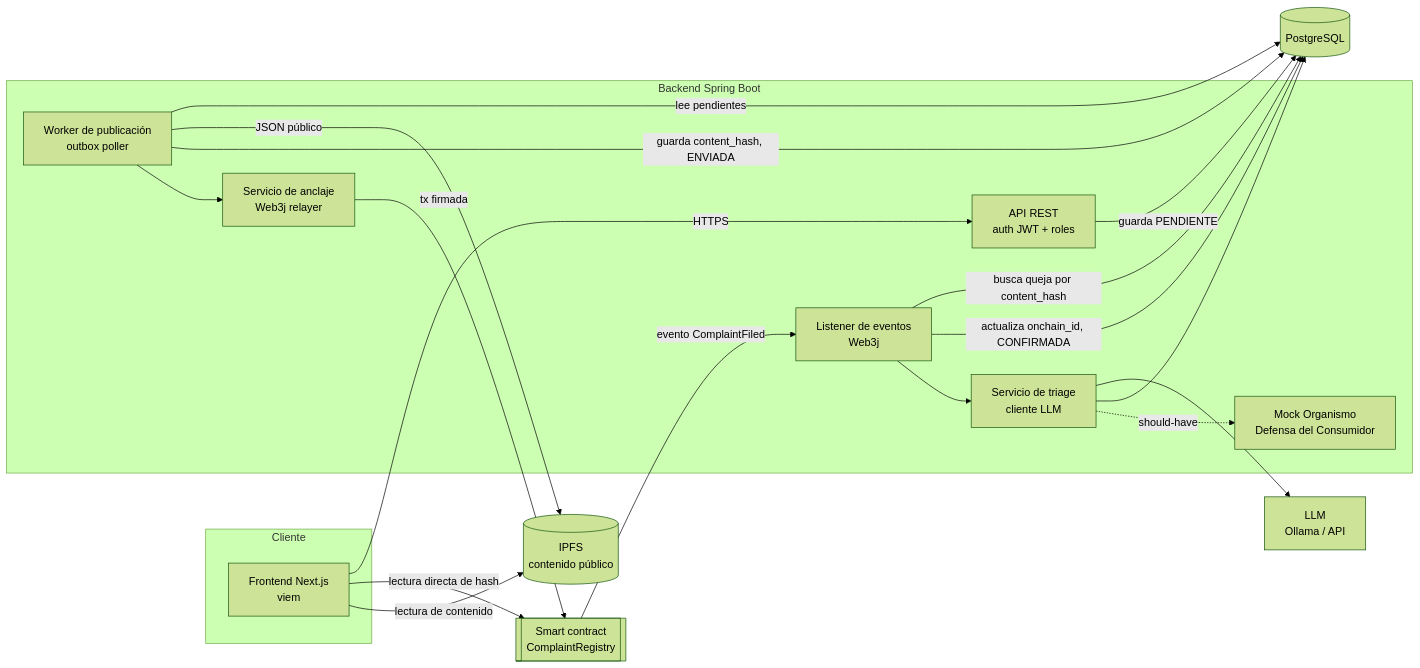
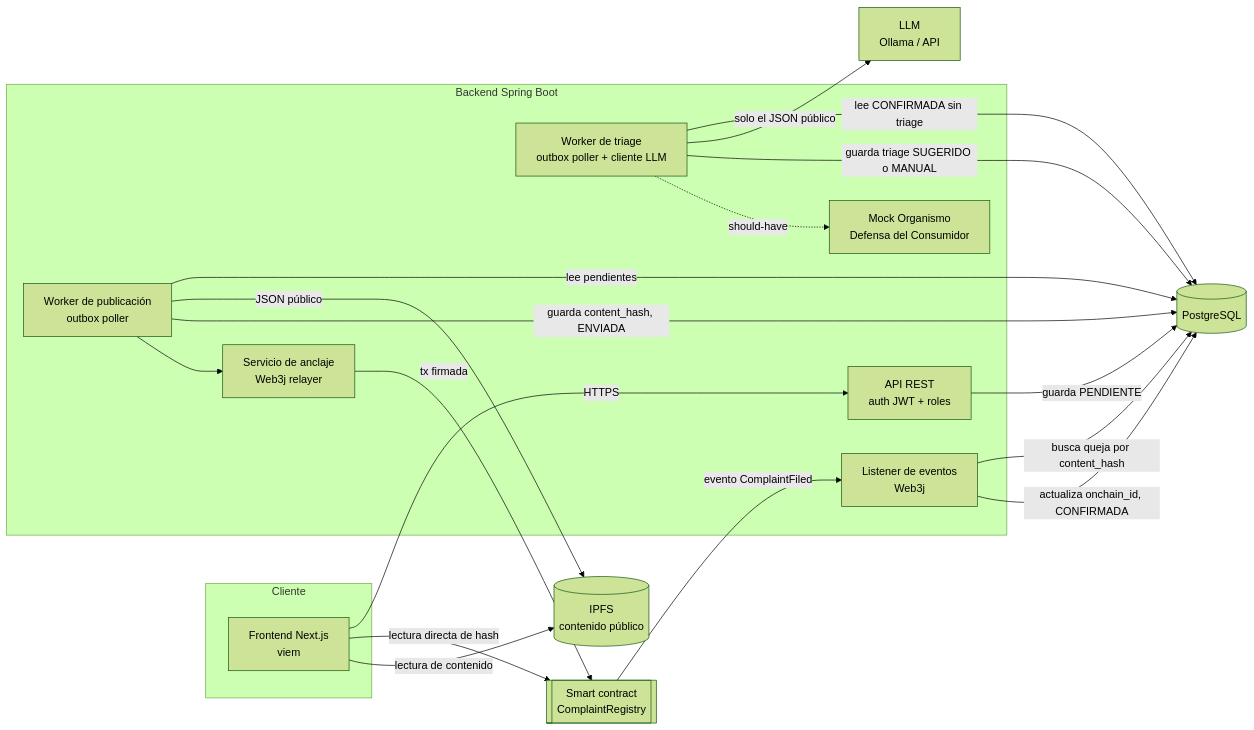
One commit to dalcorta/AI4Devs-finalproject changed the first of 2 diagrams in readme.md. Above: the diagram before and after it, drawn with Mermaid (forest theme). The commit also changed other lines of this file and 45 other files, not shown here.

First line of the commit message:
Agregar triage de quejas con Claude, validación de salida y triage manual

````diff
--- a/readme.md
+++ b/readme.md
@@ -112,37 +112,37 @@
 ```mermaid
 flowchart LR
     subgraph Cliente
         FE[Frontend Next.js<br/>viem]
     end
 
     subgraph Backend [Backend Spring Boot]
         API[API REST<br/>auth JWT + roles]
         WRK[Worker de publicación<br/>outbox poller]
         ANC[Servicio de anclaje<br/>Web3j relayer]
         LST[Listener de eventos<br/>Web3j]
-        TRI[Servicio de triage<br/>cliente LLM]
+        TRI[Worker de triage<br/>outbox poller + cliente LLM]
         MOCK[Mock Organismo<br/>Defensa del Consumidor]
     end
 
     DB[(PostgreSQL)]
     IPFS[(IPFS<br/>contenido público)]
     BC[[Smart contract<br/>ComplaintRegistry]]
     LLM[LLM<br/>Ollama / API]
 
     FE -->|HTTPS| API
     API -->|guarda PENDIENTE| DB
     WRK -->|lee pendientes| DB
     WRK -->|JSON público| IPFS
     WRK -->|guarda content_hash, ENVIADA| DB
     WRK --> ANC
     ANC -->|tx firmada| BC
     BC -->|evento ComplaintFiled| LST
     LST -->|busca queja por content_hash| DB
     LST -->|actualiza onchain_id, CONFIRMADA| DB
-    LST --> TRI
-    TRI --> LLM
-    TRI --> DB
+    TRI -->|lee CONFIRMADA sin triage| DB
+    TRI -->|solo el JSON público| LLM
+    TRI -->|guarda triage SUGERIDO o MANUAL| DB
     TRI -.->|should-have| MOCK
     FE -->|lectura directa de hash| BC
     FE -->|lectura de contenido| IPFS
 ```
````
